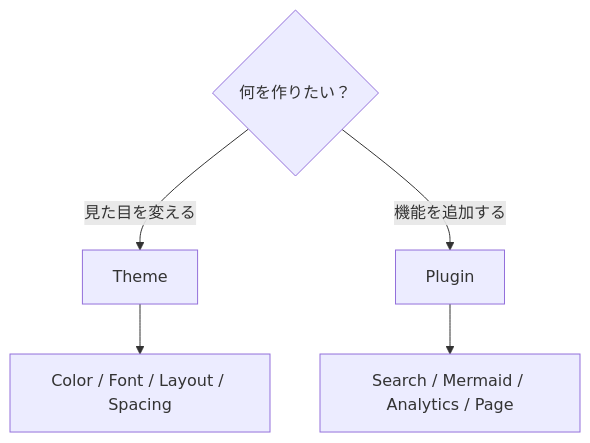
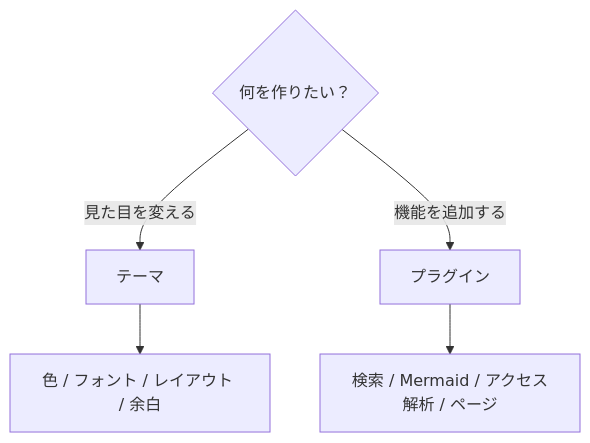
Before and after one commit to Rerurate514/riebeckite: the first of 6 diagrams in docs/docs/themes/writing-a-theme.ja.md, drawn with Mermaid. The commit also changed other lines of this file and 310 other files, not shown here.

````diff
--- a/docs/docs/themes/writing-a-theme.ja.md
+++ b/docs/docs/themes/writing-a-theme.ja.md
@@ -25,10 +23,10 @@
 ```mermaid id="kmfyjs"
 flowchart TD
     Want{"何を作りたい？"}
 
-    Want -->|"見た目を変える"| Theme["Theme"]
-    Want -->|"機能を追加する"| Plugin["Plugin"]
+    Want -->|"見た目を変える"| Theme["テーマ"]
+    Want -->|"機能を追加する"| Plugin["プラグイン"]
 
-    Theme --> Visual["Color / Font / Layout / Spacing"]
-    Plugin --> Feature["Search / Mermaid / Analytics / Page"]
+    Theme --> Visual["色 / フォント / レイアウト / 余白"]
+    Plugin --> Feature["検索 / Mermaid / アクセス解析 / ページ"]
 ```
````
